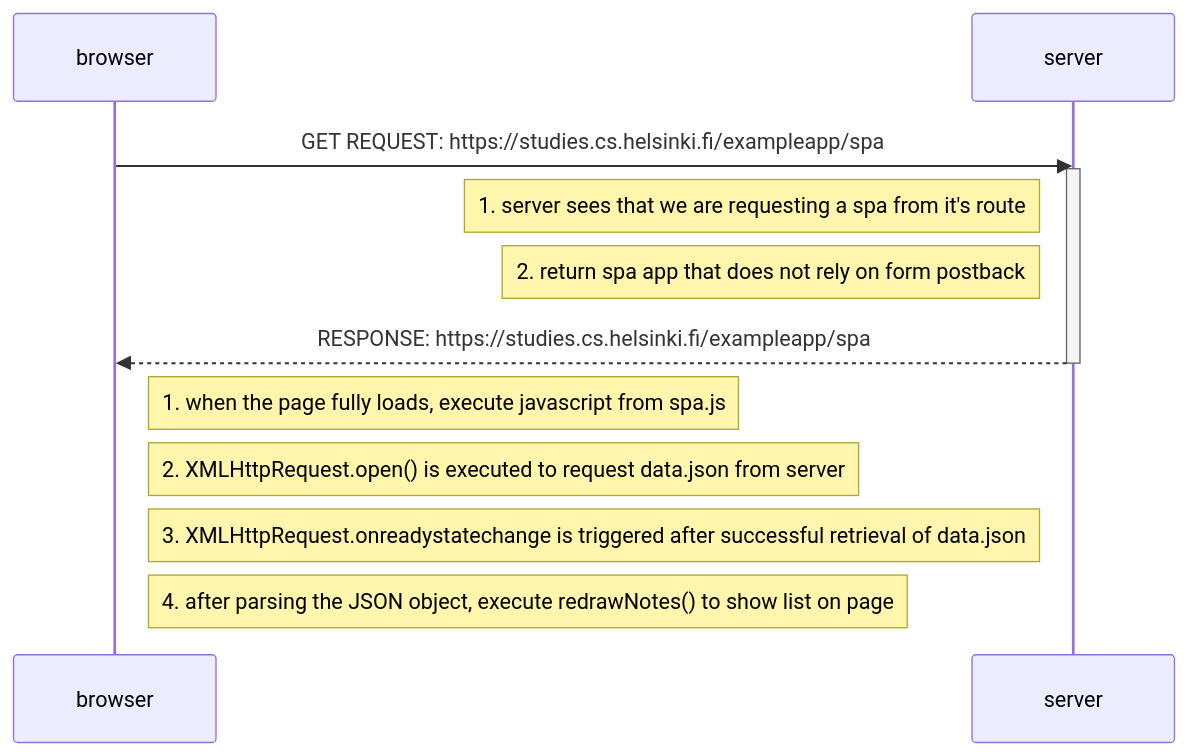
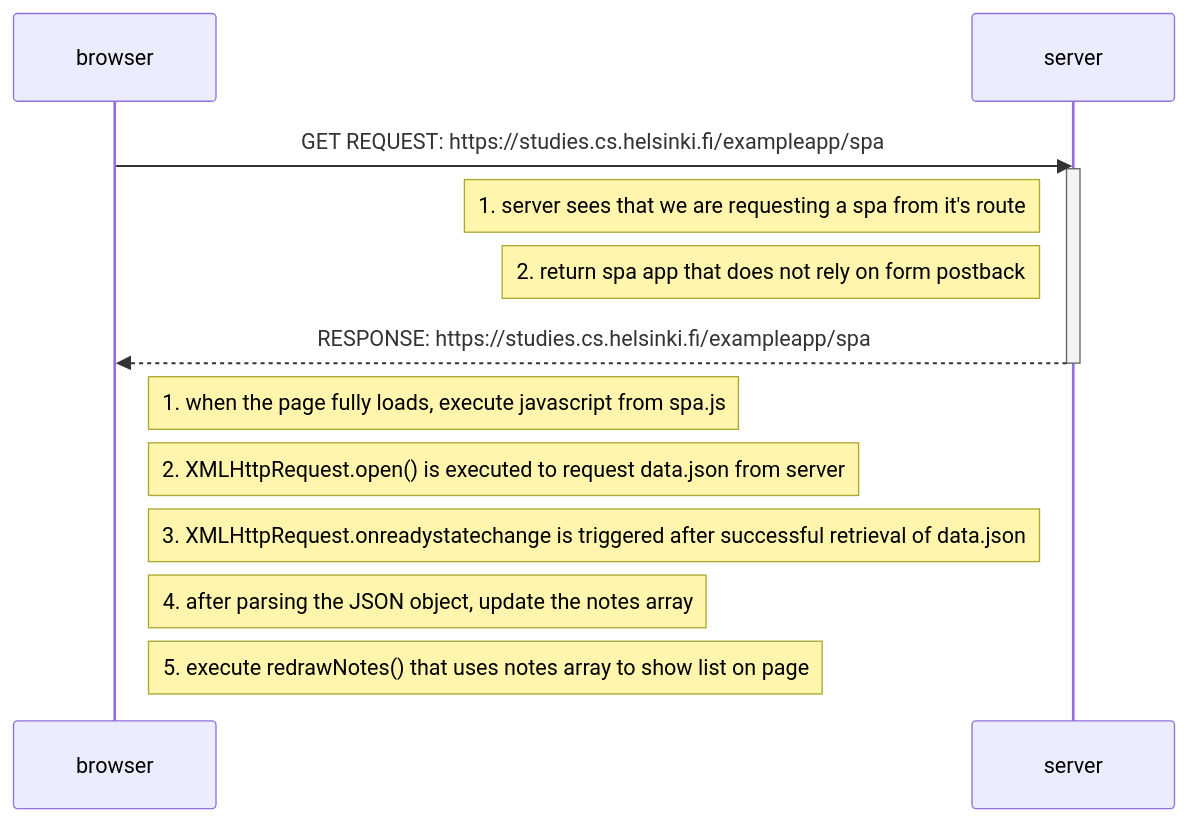
The diagram in part0/0.5 - Single page app diagram.md (rrxron/fullstackopen), drawn with Mermaid before and after one commit.

Commit message:
part0, 0.5: Single page app diagram (update 2)

````diff
--- a/part0/0.5 - Single page app diagram.md
+++ b/part0/0.5 - Single page app diagram.md
@@ -1,27 +1,29 @@
 ```mermaid
 sequenceDiagram
   participant browser
   participant server
 
   browser->>server: GET REQUEST: https://studies.cs.helsinki.fi/exampleapp/spa
 
   activate server
 
   Note left of server: 1. server sees that we are requesting a spa from it's route
 
   Note left of server: 2. return spa app that does not rely on form postback
 
   server-->>browser: RESPONSE: https://studies.cs.helsinki.fi/exampleapp/spa
 
   deactivate server
 
   Note right of browser: 1. when the page fully loads, execute javascript from spa.js
 
   Note right of browser: 2. XMLHttpRequest.open() is executed to request data.json from server
 
   Note right of browser: 3. XMLHttpRequest.onreadystatechange is triggered after successful retrieval of data.json
 
-  Note right of browser: 4. after parsing the JSON object, execute redrawNotes() to show list on page
+  Note right of browser: 4. after parsing the JSON object, update the notes array
+
+  Note right of browser: 5. execute redrawNotes() that uses notes array to show list on page
 
 
 ```
````
